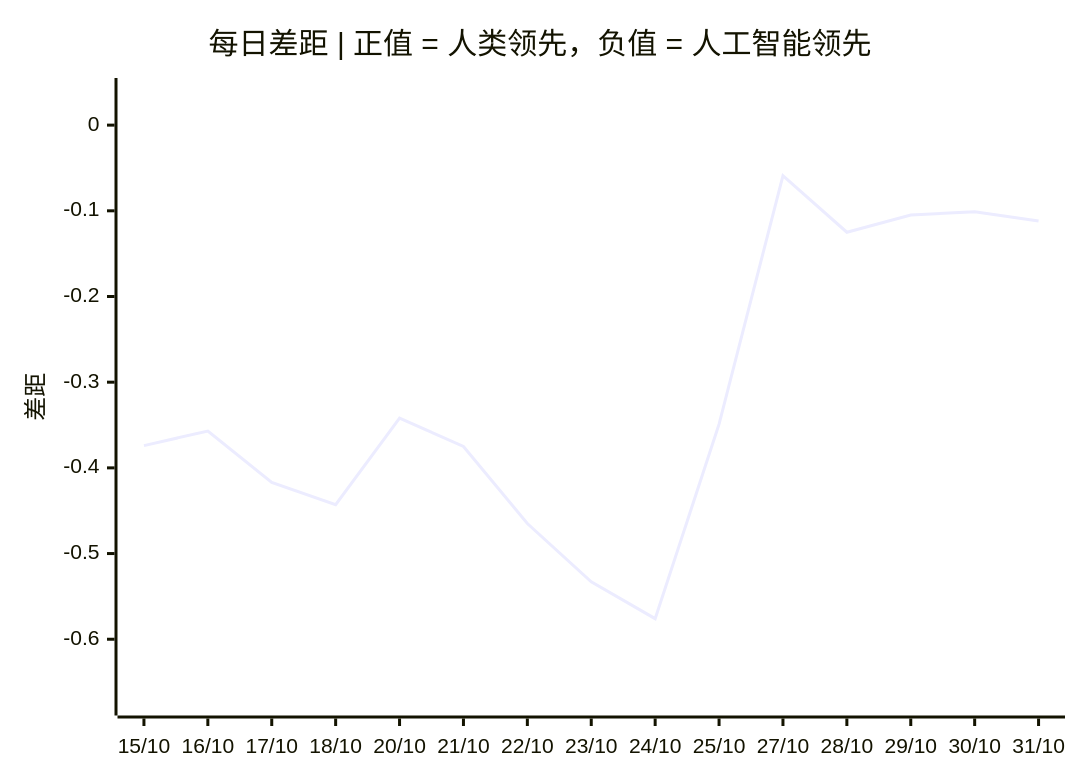
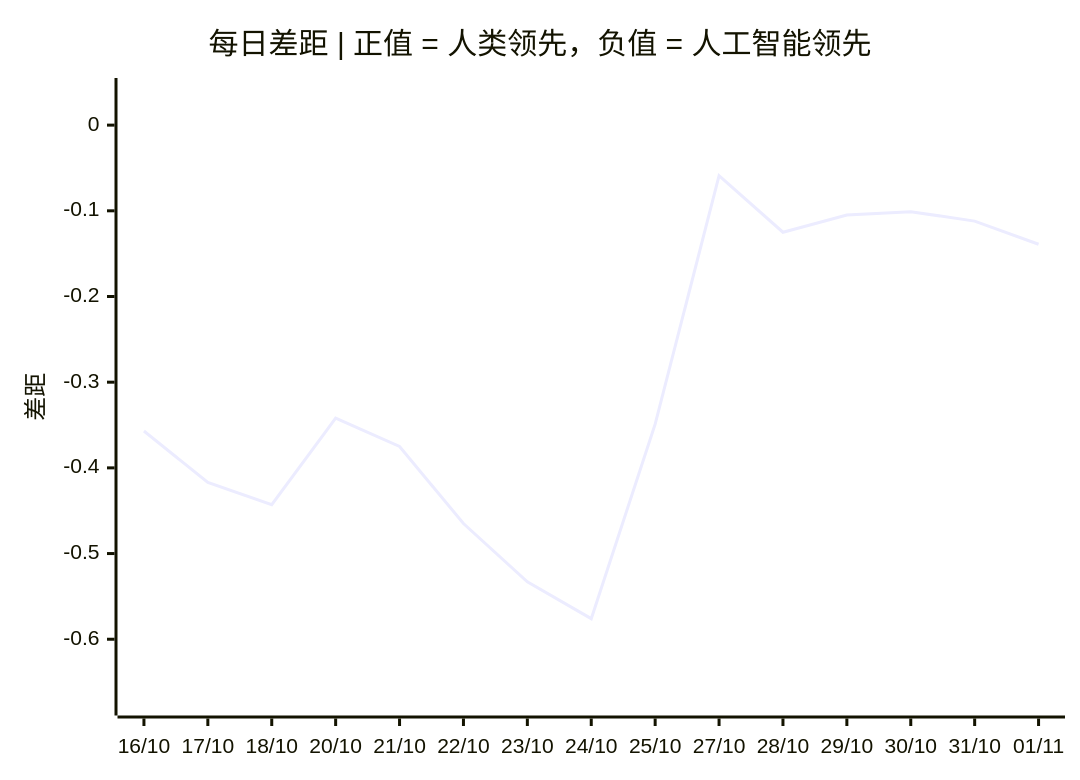
Before and after one commit to VQQLK/Human-AI-Monitor: the third of 3 diagrams in README.zh.md, drawn with Mermaid. The commit also changed other lines of this file and 3 other files, not shown here.

````diff
--- a/README.zh.md
+++ b/README.zh.md
@@ -56,7 +56,7 @@
 ```mermaid
 xychart-beta
     title "每日差距 | 正值 = 人类领先，负值 = 人工智能领先"
-    x-axis ["15/10", "16/10", "17/10", "18/10", "20/10", "21/10", "22/10", "23/10", "24/10", "25/10", "27/10", "28/10", "29/10", "30/10", "31/10"]
+    x-axis ["16/10", "17/10", "18/10", "20/10", "21/10", "22/10", "23/10", "24/10", "25/10", "27/10", "28/10", "29/10", "30/10", "31/10", "01/11"]
     y-axis "差距" -0.675 --> 0.041
-    line [-0.374, -0.357, -0.417, -0.443, -0.342, -0.375, -0.465, -0.533, -0.576, -0.349, -0.059, -0.125, -0.105, -0.101, -0.112]
+    line [-0.357, -0.417, -0.443, -0.342, -0.375, -0.465, -0.533, -0.576, -0.349, -0.059, -0.125, -0.105, -0.101, -0.112, -0.139]
 ```
````
